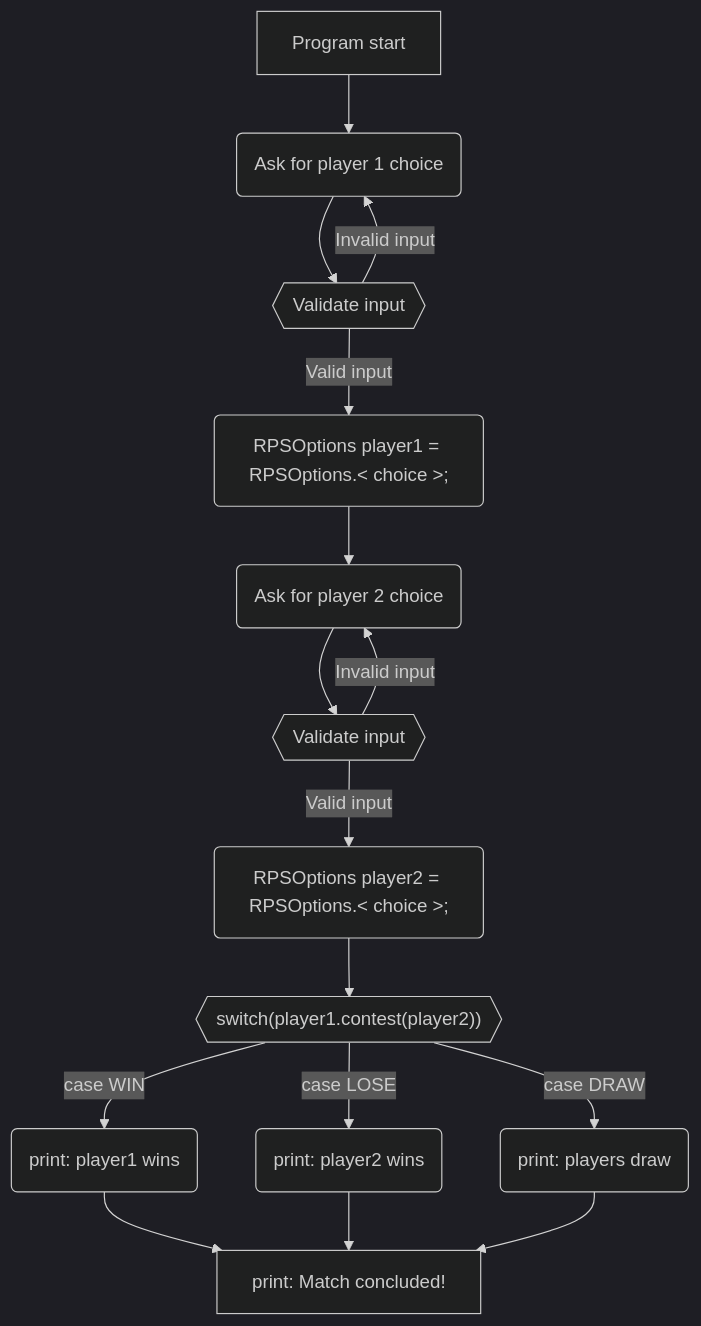
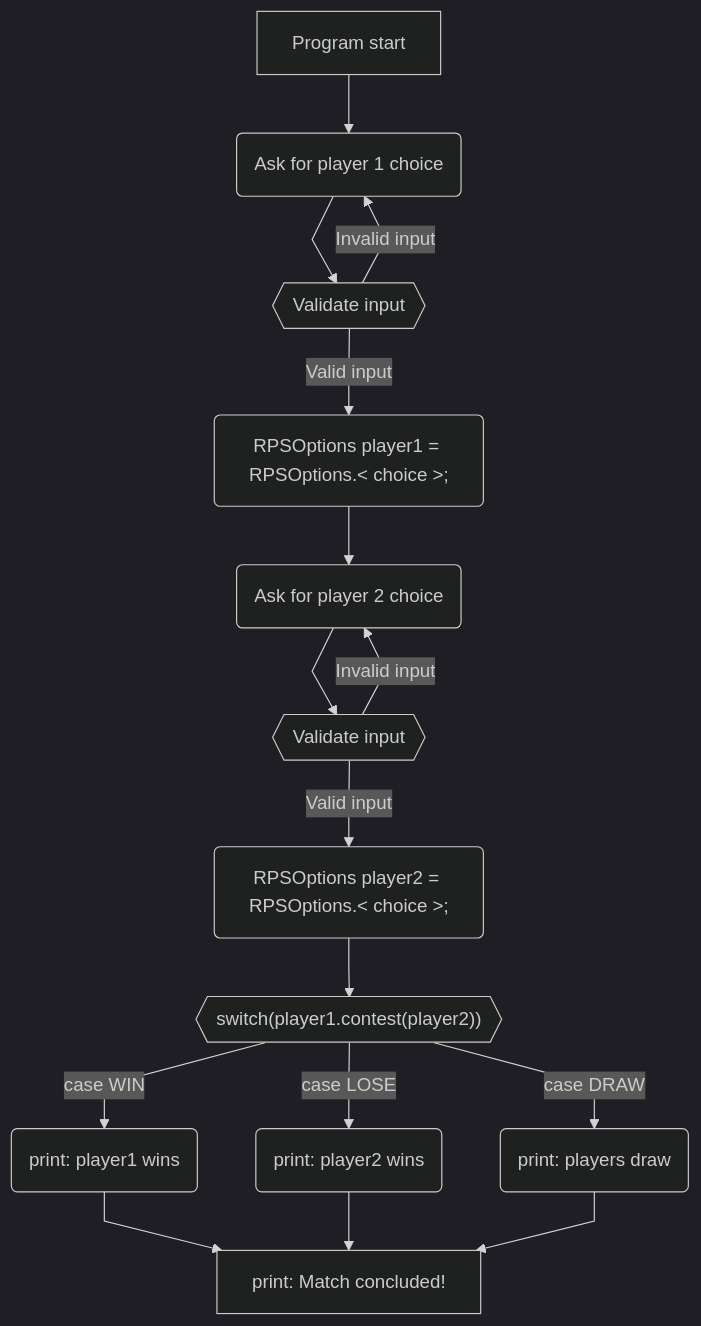
Before and after one commit to JorritScholten/PlayersGuide: the third of 3 diagrams in README.md, drawn with Mermaid (dark theme). The commit also changed other lines of this file and 1 other file, not shown here.

````diff
--- a/README.md
+++ b/README.md
@@ -51,18 +52,19 @@
 ```mermaid
+%%{init: { "flowchart": { "curve": "linear" } } }%%
 flowchart TD
     a[Program start] --> b("Ask for player 1 choice")
     c -->|Invalid input| b
     b --> c{{Validate input}}
     c -->|Valid input| d("RPSOptions player1 = RPSOptions.< choice >;")
     d --> e("Ask for player 2 choice")
     e --> f{{Validate input}}
     f -->|Invalid input| e
     f -->|Valid input| g("RPSOptions player2 = RPSOptions.< choice >;")
     g --> h{{"switch(player1.contest(player2))"}}
     h -->|case WIN| i("print: player1 wins")
     h -->|case LOSE| j("print: player2 wins")
     h -->|case DRAW| k("print: players draw")
     i --> l[print: Match concluded!]
     j --> l
     k --> l
 ```
````
